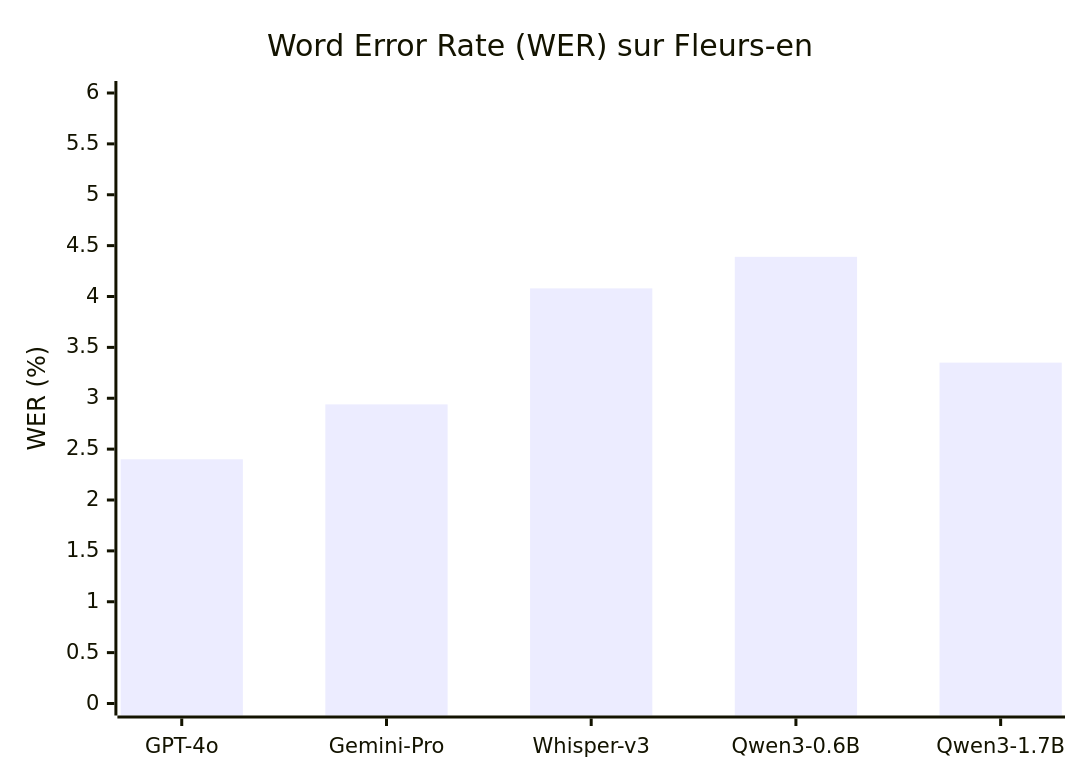
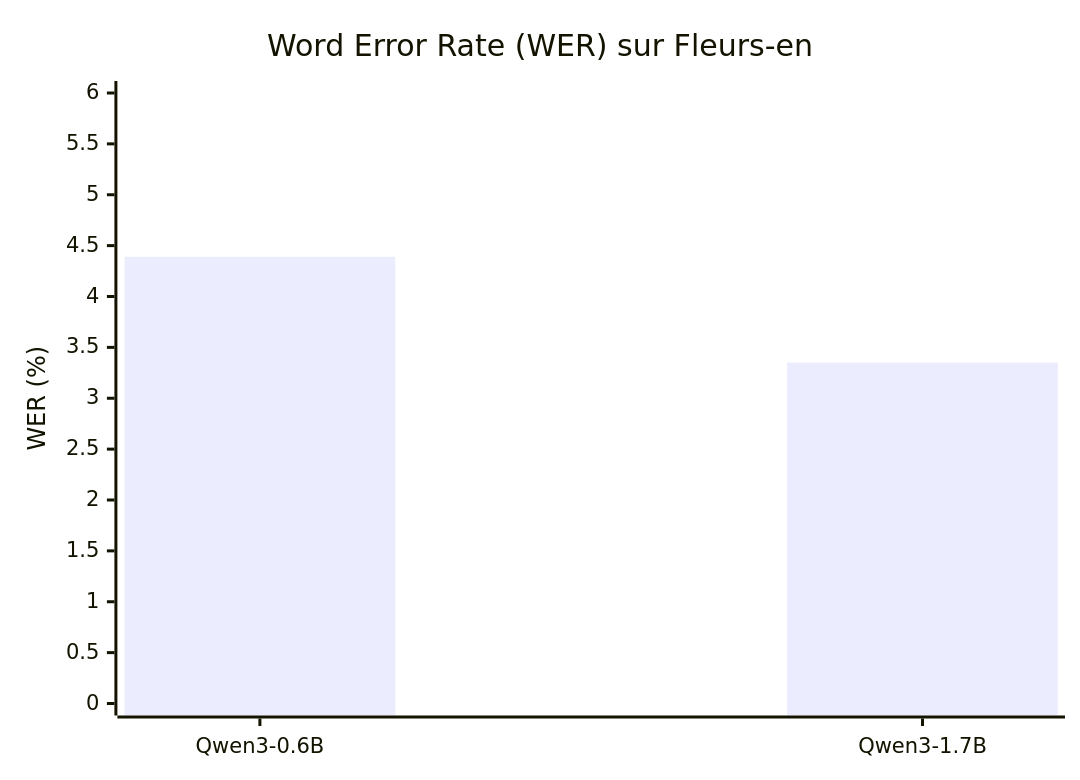
The second of 2 diagrams in website/content/cdc.md (EthanCarollo/awabot-innovation), drawn with Mermaid before and after one commit. The commit also changed other lines of this file and 1 other file, not shown here.

````diff
--- a/website/content/cdc.md
+++ b/website/content/cdc.md
@@ -153,7 +153,7 @@
 ```mermaid
 xychart-beta
     title "Word Error Rate (WER) sur Fleurs-en"
-    x-axis ["GPT-4o", "Gemini-Pro", "Whisper-v3", "Qwen3-0.6B", "Qwen3-1.7B"]
+    x-axis ["Qwen3-0.6B", "Qwen3-1.7B"]
     y-axis "WER (%)" 0 --> 6
-    bar [2.40, 2.94, 4.08, 4.39, 3.35]
+    bar [4.39, 3.35]
 ```
````
